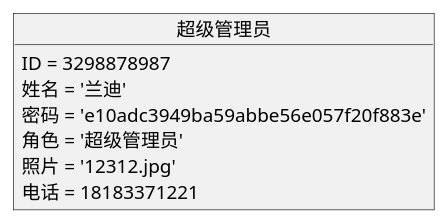
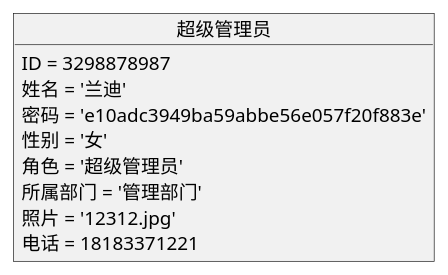
Before and after one commit to Landy7/is_analysis: the diagram in test3/object3.md, drawn with PlantUML. The commit also changed 6 other files, not shown here.

```diff
--- a/test3/object3.md
+++ b/test3/object3.md
@@ -1,10 +1,12 @@
 @startuml
 object 超级管理员{
     ID = 3298878987
     姓名 = '兰迪'
     密码 = 'e10adc3949ba59abbe56e057f20f883e'
+    性别 = '女'
     角色 = '超级管理员'
+    所属部门 = '管理部门'
     照片 = '12312.jpg'
     电话 = 18183371221
 }
 @enduml
```
